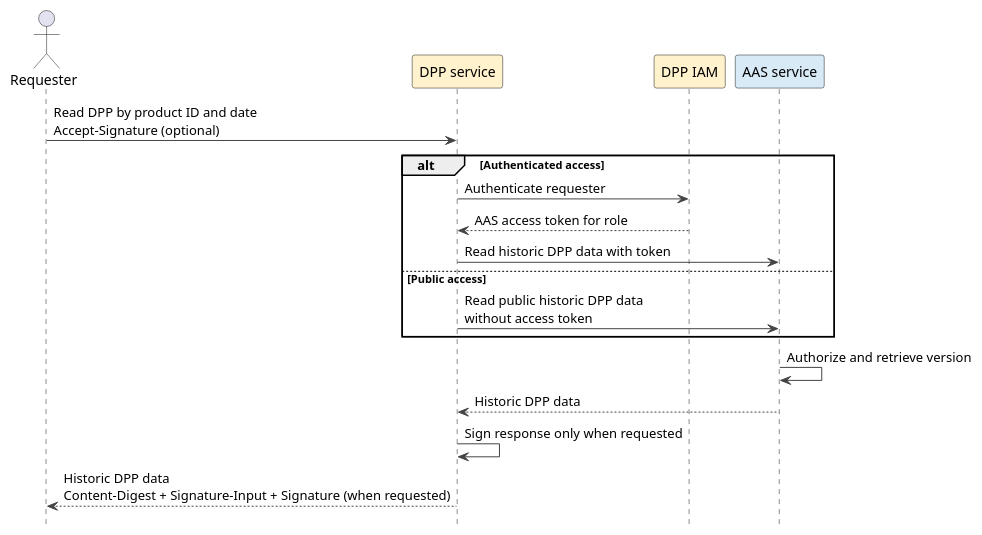
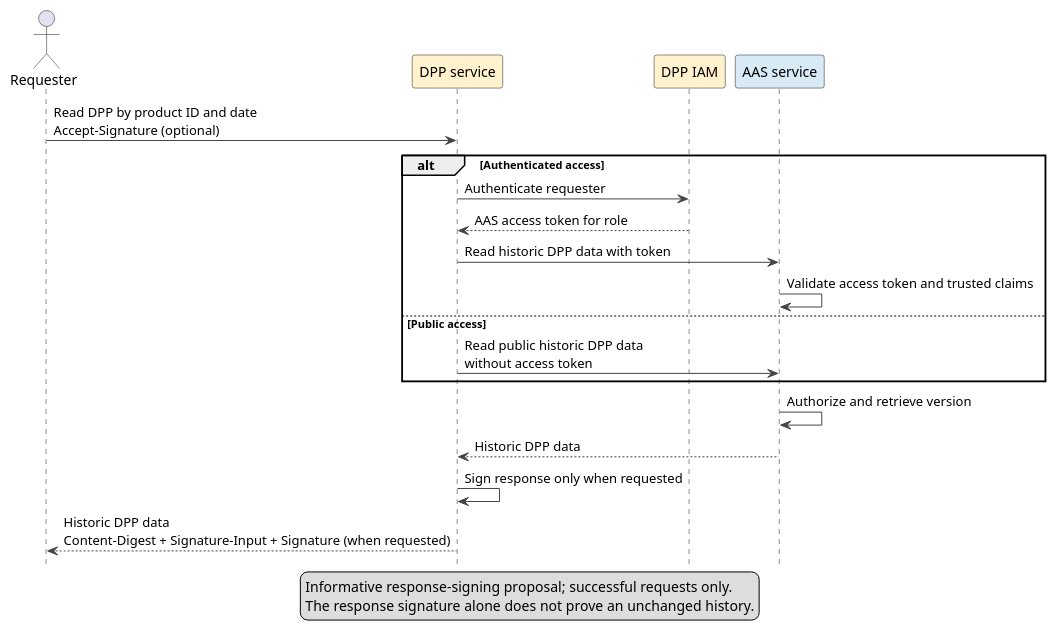
Before and after one commit to Martin187187/aas-specs-security: the diagram in documentation/IDTA-01004/modules/ROOT/partials/diagrams/dpp-historical-read.puml, drawn with PlantUML. The commit also changed 5 other files, not shown here.

```diff
--- a/documentation/IDTA-01004/modules/ROOT/partials/diagrams/dpp-historical-read.puml
+++ b/documentation/IDTA-01004/modules/ROOT/partials/diagrams/dpp-historical-read.puml
@@ -1,26 +1,32 @@
 @startuml
 ' Copyright (c) 2026 Industrial Digital Twin Association
 ' SPDX-License-Identifier: CC-BY-4.0
 
 skinparam shadowing false
 skinparam ArrowColor #444444
 hide footbox
+
+legend bottom
+  Informative response-signing proposal; successful requests only.
+  The response signature alone does not prove an unchanged history.
+endlegend
 
 actor "Requester" as User
 participant "DPP service" as DPP #FFF2CC
 participant "DPP IAM" as IAM #FFF2CC
 participant "AAS service" as AAS #D9EAF7
 
 User -> DPP : Read DPP by product ID and date\nAccept-Signature (optional)
 alt Authenticated access
   DPP -> IAM : Authenticate requester
   IAM --> DPP : AAS access token for role
   DPP -> AAS : Read historic DPP data with token
+  AAS -> AAS : Validate access token and trusted claims
 else Public access
   DPP -> AAS : Read public historic DPP data\nwithout access token
 end
 AAS -> AAS : Authorize and retrieve version
 AAS --> DPP : Historic DPP data
 DPP -> DPP : Sign response only when requested
 DPP --> User : Historic DPP data\nContent-Digest + Signature-Input + Signature (when requested)
 @enduml
```
